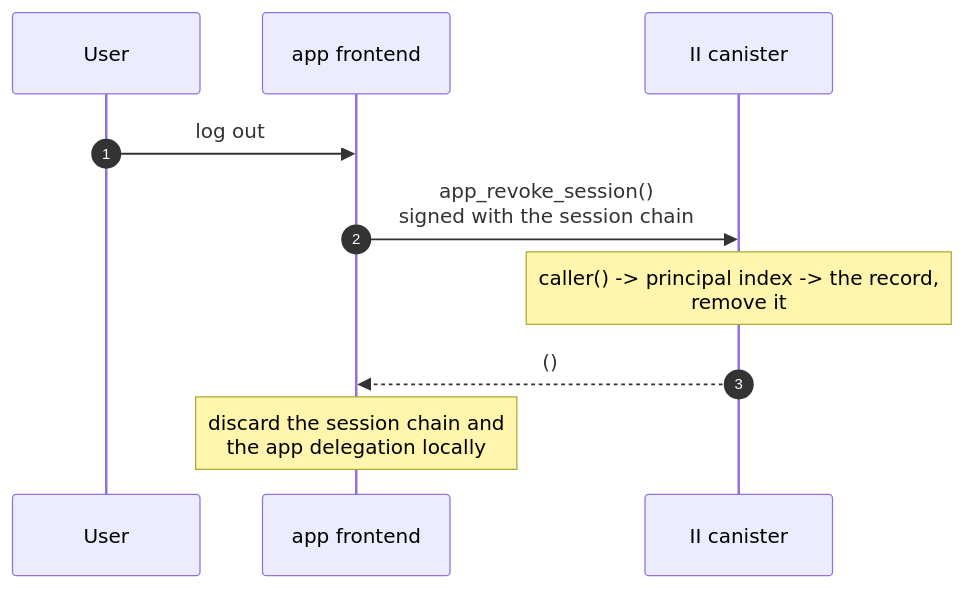
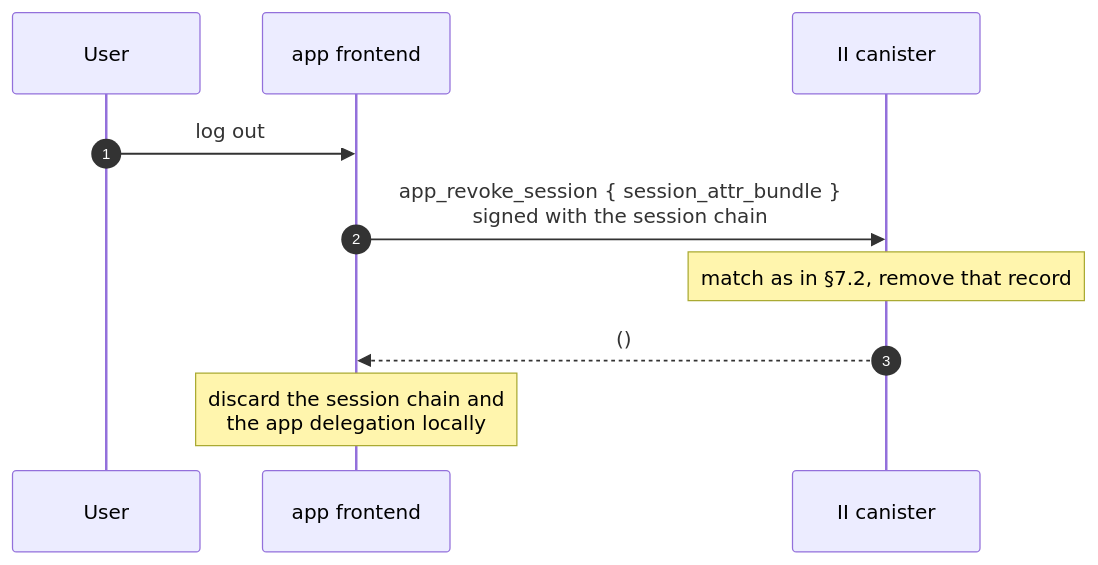
Before and after one commit to dfinity/internet-identity: the sixth of 7 diagrams in docs/ongoing/revocable-app-sessions.md, drawn with Mermaid. The commit also changed other lines of this file, not shown here.

````diff
--- a/docs/ongoing/revocable-app-sessions.md
+++ b/docs/ongoing/revocable-app-sessions.md
@@ -415,12 +418,12 @@
 ```mermaid
 sequenceDiagram
     autonumber
     participant User
     participant App as app frontend
     participant IIC as II canister
     User->>App: log out
-    App->>IIC: app_revoke_session()<br/>signed with the session chain
-    Note over IIC: caller() -> principal index -> the record,<br/>remove it
+    App->>IIC: app_revoke_session { session_attr_bundle }<br/>signed with the session chain
+    Note over IIC: match as in §7.2, remove that record
     IIC-->>App: ()
     Note over App: discard the session chain and<br/>the app delegation locally
 ```
````
